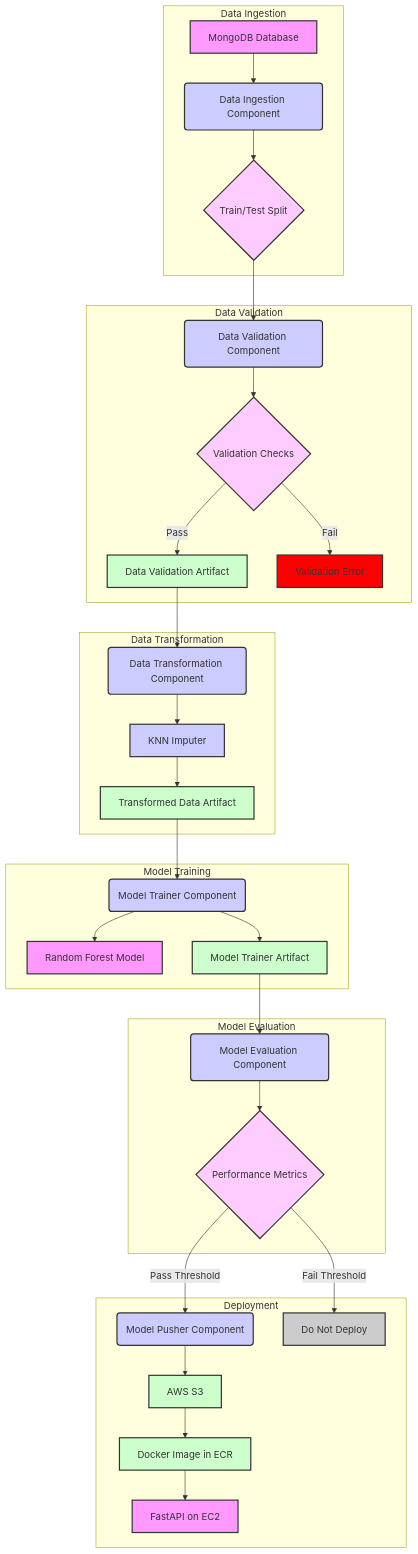
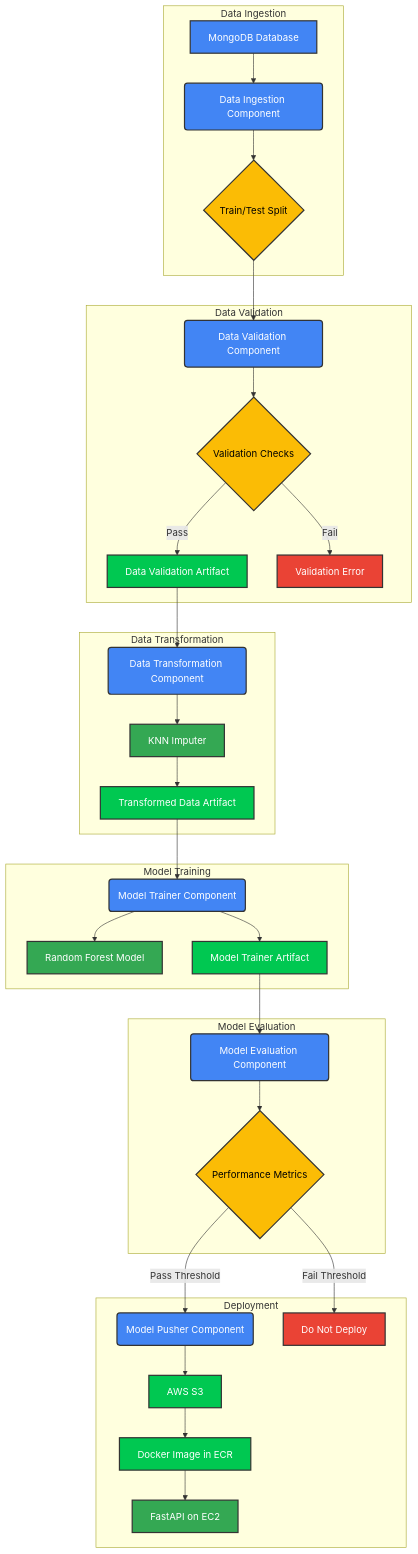
The first of 2 diagrams in README.md (Sumanthcs4/NetworkSecurity), drawn with Mermaid before and after one commit. The commit also changed other lines of this file, not shown here.

````diff
--- a/README.md
+++ b/README.md
@@ -16,55 +13,51 @@
 ```mermaid
 graph TD
     subgraph "Data Ingestion"
-        A[MongoDB Database] --> B(Data Ingestion Component);
-        B --> C{Train/Test Split};
+        A[MongoDB Database] --> B(Data Ingestion Component)
+        B --> C{Train/Test Split}
     end
+    
     subgraph "Data Validation"
-        C --> D(Data Validation Component);
-        D --> E{Validation Checks};
-        E -- Pass --> F[Data Validation Artifact];
-        E -- Fail --> G[Validation Error];
+        C --> D(Data Validation Component)
+        D --> E{Validation Checks}
+        E -- Pass --> F[Data Validation Artifact]
+        E -- Fail --> G[Validation Error]
     end
+    
     subgraph "Data Transformation"
-        F --> H(Data Transformation Component);
-        H --> I[KNN Imputer];
-        I --> J[Transformed Data Artifact];
+        F --> H(Data Transformation Component)
+        H --> I[KNN Imputer]
+        I --> J[Transformed Data Artifact]
     end
+    
     subgraph "Model Training"
-        J --> K(Model Trainer Component);
-        K --> L[Random Forest Model];
-        K --> M[Model Trainer Artifact];
+        J --> K(Model Trainer Component)
+        K --> L[Random Forest Model]
+        K --> M[Model Trainer Artifact]
     end
+    
     subgraph "Model Evaluation"
-        M --> N(Model Evaluation Component);
-        N --> O{Performance Metrics};
+        M --> N(Model Evaluation Component)
+        N --> O{Performance Metrics}
     end
+    
     subgraph "Deployment"
-        O -- Pass Threshold --> P(Model Pusher Component);
-        P --> Q[AWS S3];
-        Q --> R[Docker Image in ECR];
-        R --> S[FastAPI on EC2];
-        O -- Fail Threshold --> T[Do Not Deploy];
+        O -- Pass Threshold --> P(Model Pusher Component)
+        P --> Q[AWS S3]
+        Q --> R[Docker Image in ECR]
+        R --> S[FastAPI on EC2]
+        O -- Fail Threshold --> T[Do Not Deploy]
     end
-
-    style A fill:#f9f,stroke:#333,stroke-width:2px
-    style B fill:#ccf,stroke:#333,stroke-width:2px
-    style C fill:#ffccff,stroke:#333,stroke-width:2px
-    style D fill:#ccf,stroke:#333,stroke-width:2px
-    style E fill:#ffccff,stroke:#333,stroke-width:2px
-    style F fill:#ccffcc,stroke:#333,stroke-width:2px
-    style G fill:#f00,stroke:#333,stroke-width:2px
-    style H fill:#ccf,stroke:#333,stroke-width:2px
-    style I fill:#ccf,stroke:#333,stroke-width:2px
-    style J fill:#ccffcc,stroke:#333,stroke-width:2px
-    style K fill:#ccf,stroke:#333,stroke-width:2px
-    style L fill:#f9f,stroke:#333,stroke-width:2px
-    style M fill:#ccffcc,stroke:#333,stroke-width:2px
-    style N fill:#ccf,stroke:#333,stroke-width:2px
-    style O fill:#ffccff,stroke:#333,stroke-width:2px
-    style P fill:#ccf,stroke:#333,stroke-width:2px
-    style Q fill:#ccffcc,stroke:#333,stroke-width:2px
-    style R fill:#ccffcc,stroke:#333,stroke-width:2px
-    style S fill:#f9f,stroke:#333,stroke-width:2px
-    style T fill:#ccc,stroke:#333,stroke-width:2px
+    
+    classDef primary fill:#4285f4,stroke:#333,stroke-width:2px,color:white
+    classDef secondary fill:#34a853,stroke:#333,stroke-width:2px,color:white
+    classDef warning fill:#fbbc05,stroke:#333,stroke-width:2px,color:black
+    classDef error fill:#ea4335,stroke:#333,stroke-width:2px,color:white
+    classDef success fill:#00c851,stroke:#333,stroke-width:2px,color:white
+    
+    class A,B,D,H,K,N,P primary
+    class F,J,M,Q,R success
+    class C,E,O warning
+    class G,T error
+    class I,L,S secondary
 ```
````
